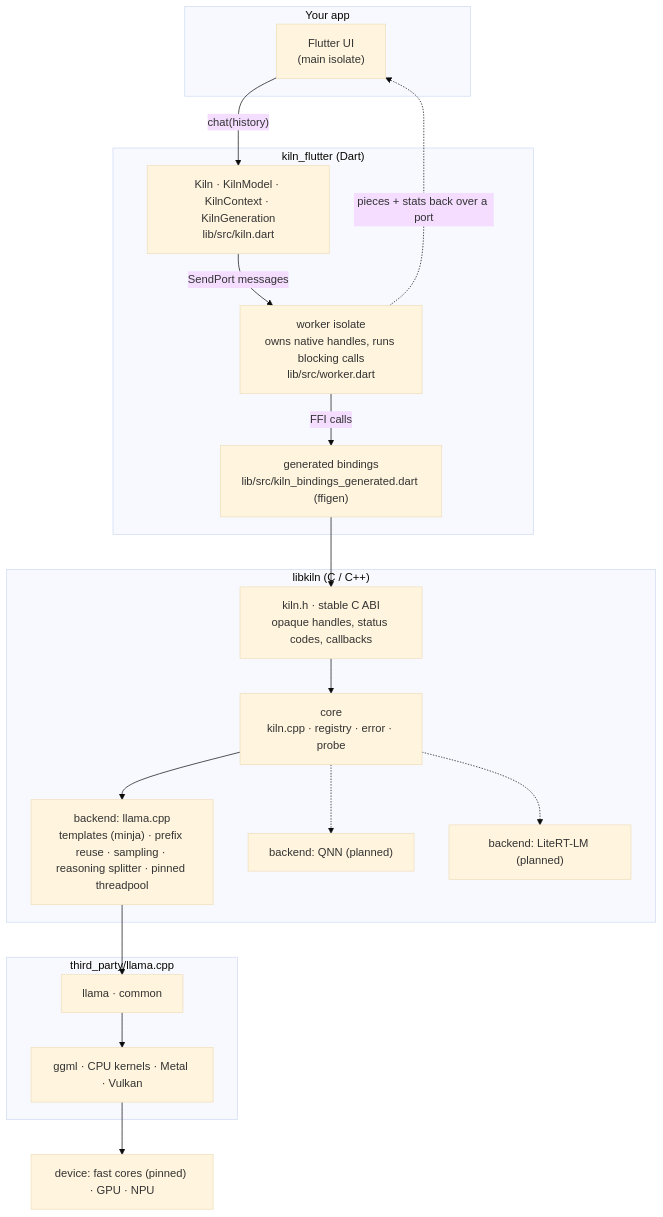
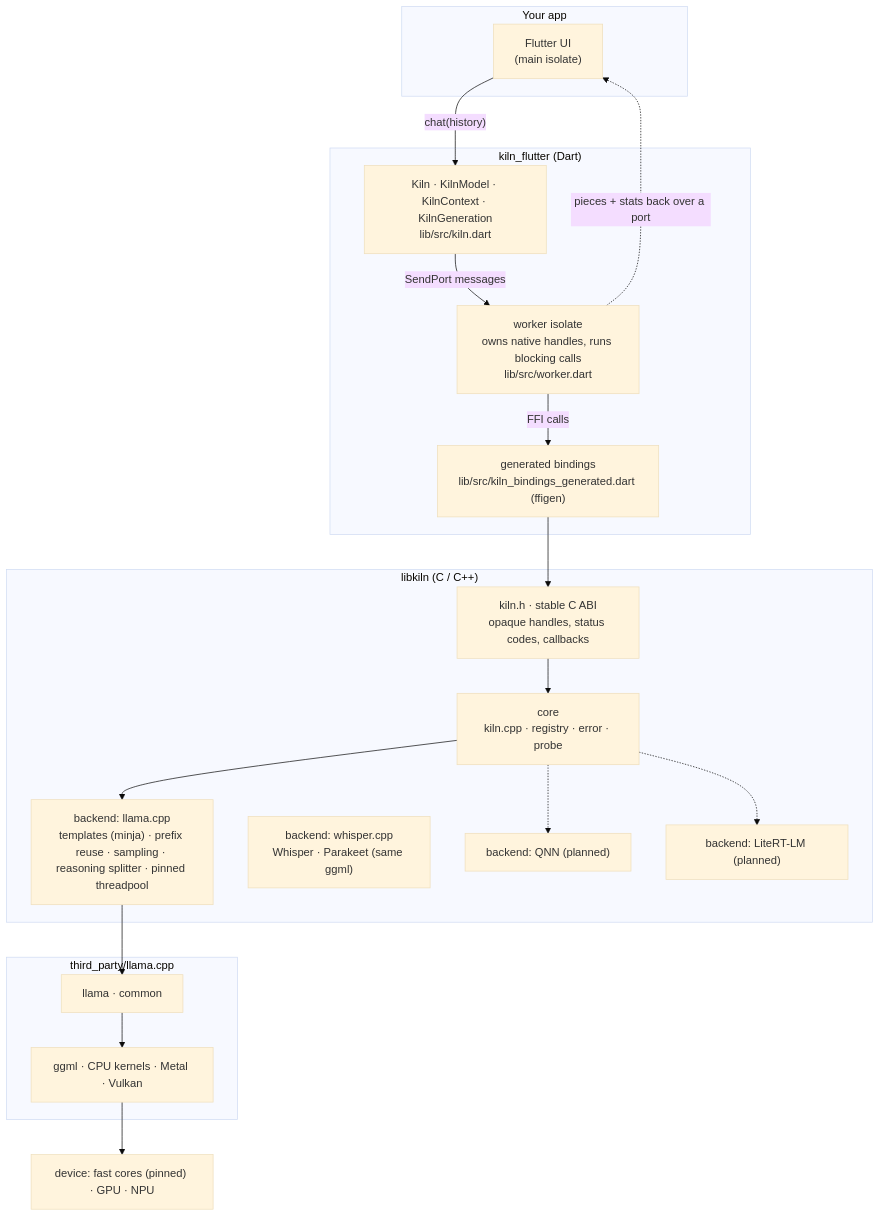
One commit to RaihanulHaque/kiln changed the first of 2 diagrams in docs/ARCHITECTURE.md. Above: the diagram before and after it, drawn with Mermaid (base theme). The commit also changed other lines of this file and 44 other files, not shown here.

First line of the commit message:
Speech to text with Whisper and Parakeet: a whisper.cpp backend, Flutter transcribe(), OpenMP on Android

````diff
--- a/docs/ARCHITECTURE.md
+++ b/docs/ARCHITECTURE.md
@@ -5,34 +5,35 @@
 ```mermaid
 flowchart TB
     subgraph app["Your app"]
         UI["Flutter UI<br/>(main isolate)"]
     end
     subgraph plugin["kiln_flutter (Dart)"]
         API["Kiln · KilnModel · KilnContext · KilnGeneration<br/>lib/src/kiln.dart"]
         WK["worker isolate<br/>owns native handles, runs blocking calls<br/>lib/src/worker.dart"]
         FFI["generated bindings<br/>lib/src/kiln_bindings_generated.dart (ffigen)"]
     end
     subgraph core["libkiln (C / C++)"]
         H["kiln.h · stable C ABI<br/>opaque handles, status codes, callbacks"]
         C["core<br/>kiln.cpp · registry · error · probe"]
         B["backend: llama.cpp<br/>templates (minja) · prefix reuse · sampling · reasoning splitter · pinned threadpool"]
+        Bw["backend: whisper.cpp<br/>Whisper · Parakeet (same ggml)"]
         Bq["backend: QNN (planned)"]
         Bl["backend: LiteRT-LM (planned)"]
     end
     subgraph engine["third_party/llama.cpp"]
         L["llama · common"]
         G["ggml · CPU kernels · Metal · Vulkan"]
     end
     HW["device: fast cores (pinned) · GPU · NPU"]
 
     UI -- "chat(history)" --> API
     API -- "SendPort messages" --> WK
     WK -- "FFI calls" --> FFI
     FFI --> H
     H --> C
     C --> B
     C -.-> Bq
     C -.-> Bl
     B --> L --> G --> HW
     WK -. "pieces + stats back over a port" .-> UI
 ```
````
